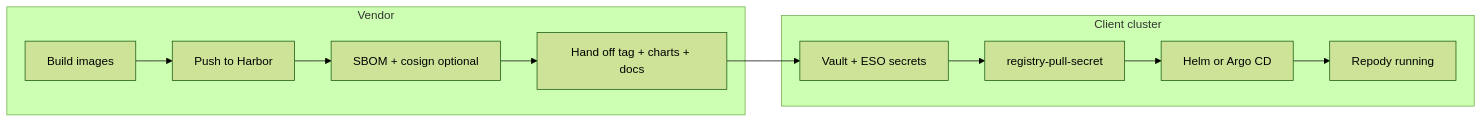
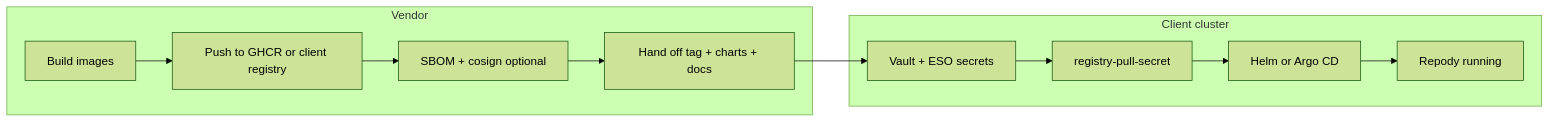
The diagram in docs/deploy/VENDOR-TO-CLIENT.md (MehdiGououiad/repody), drawn with Mermaid (forest theme) before and after one commit. The commit also changed other lines of this file and 281 other files, not shown here.

````diff
--- a/docs/deploy/VENDOR-TO-CLIENT.md
+++ b/docs/deploy/VENDOR-TO-CLIENT.md
@@ -17,14 +16,14 @@
 ```mermaid
 flowchart LR
   subgraph vendor [Vendor]
-    V1[Build images] --> V2[Push to Harbor]
+    V1[Build images] --> V2[Push to GHCR or client registry]
     V2 --> V3[SBOM + cosign optional]
     V3 --> V4[Hand off tag + charts + docs]
   end
   subgraph client [Client cluster]
     C1[Vault + ESO secrets] --> C2[registry-pull-secret]
     C2 --> C3[Helm or Argo CD]
     C3 --> C4[Repody running]
   end
   V4 --> C1
 ```
````
